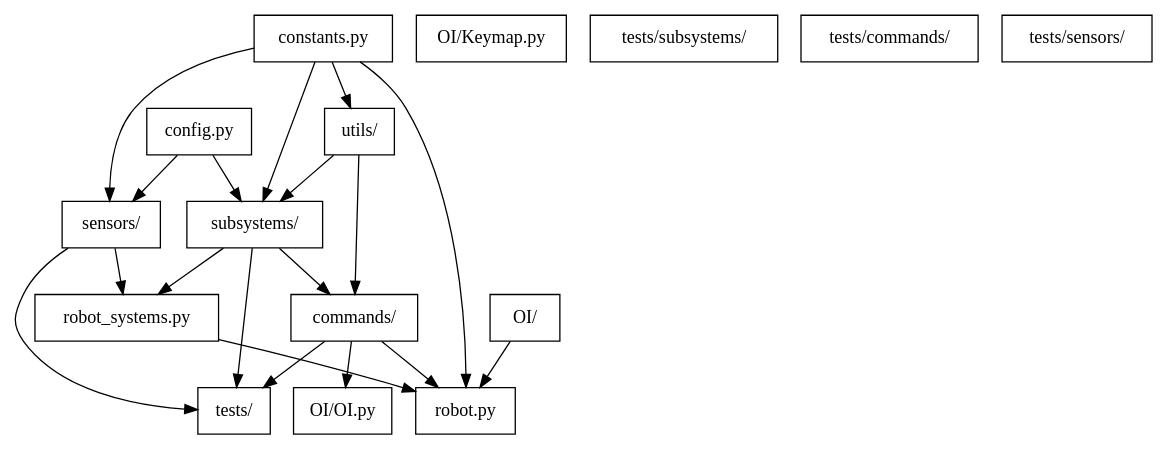
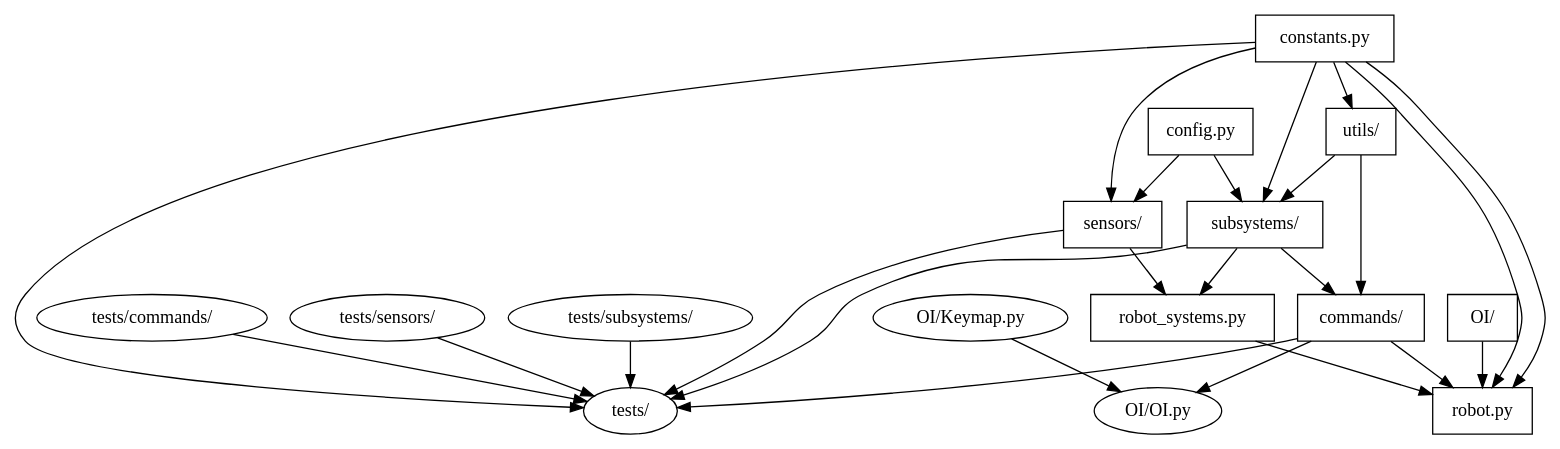
One commit to Choate-Robotics/Programming-SOPs changed the diagram in docs/code/file_structure.rst. Above: the diagram before and after it, drawn with Graphviz.

```diff
--- a/docs/code/file_structure.rst
+++ b/docs/code/file_structure.rst
@@ -9,40 +9,55 @@
 .. graphviz::
 
 
     digraph file_structure {
+
+        subgraph OI {
+            label="OI/"
+            Keymap -> OI_py
+        }
+
+        subgraph tests {
+            label="tests/"
+            tests_subsystems -> tests
+            tests_commands -> tests
+            tests_sensors -> tests
+        }
+
         node [shape=box]
         commands [label="commands/"]
         subsystems [label="subsystems/"]
         OI [label="OI/"]
         OI_py [label="OI/OI.py"]
         Keymap [label="OI/Keymap.py"]
         sensors [label="sensors/"]
         tests [label="tests/"]
         tests_subsystems [label="tests/subsystems/"]
         tests_commands [label="tests/commands/"]
         tests_sensors [label="tests/sensors/"]
         utils [label="utils/"]
         robot_py [label="robot.py"]
         constants_py [label="constants.py"]
         config_py [label="config.py"]
         robot_systems_py [label="robot_systems.py"]
 
         commands -> robot_py
         commands -> OI_py
         OI -> robot_py
         constants_py -> robot_py
         constants_py -> subsystems
         constants_py -> sensors
         constants_py -> utils
         config_py -> subsystems
         config_py -> sensors
         subsystems -> robot_systems_py
         sensors -> robot_systems_py
         utils -> subsystems
         utils -> commands
         robot_systems_py -> robot_py
         subsystems -> tests
         subsystems -> commands
         commands -> tests
         sensors -> tests
+        constants_py -> tests
+        constants_py -> robot_py
     }
```
